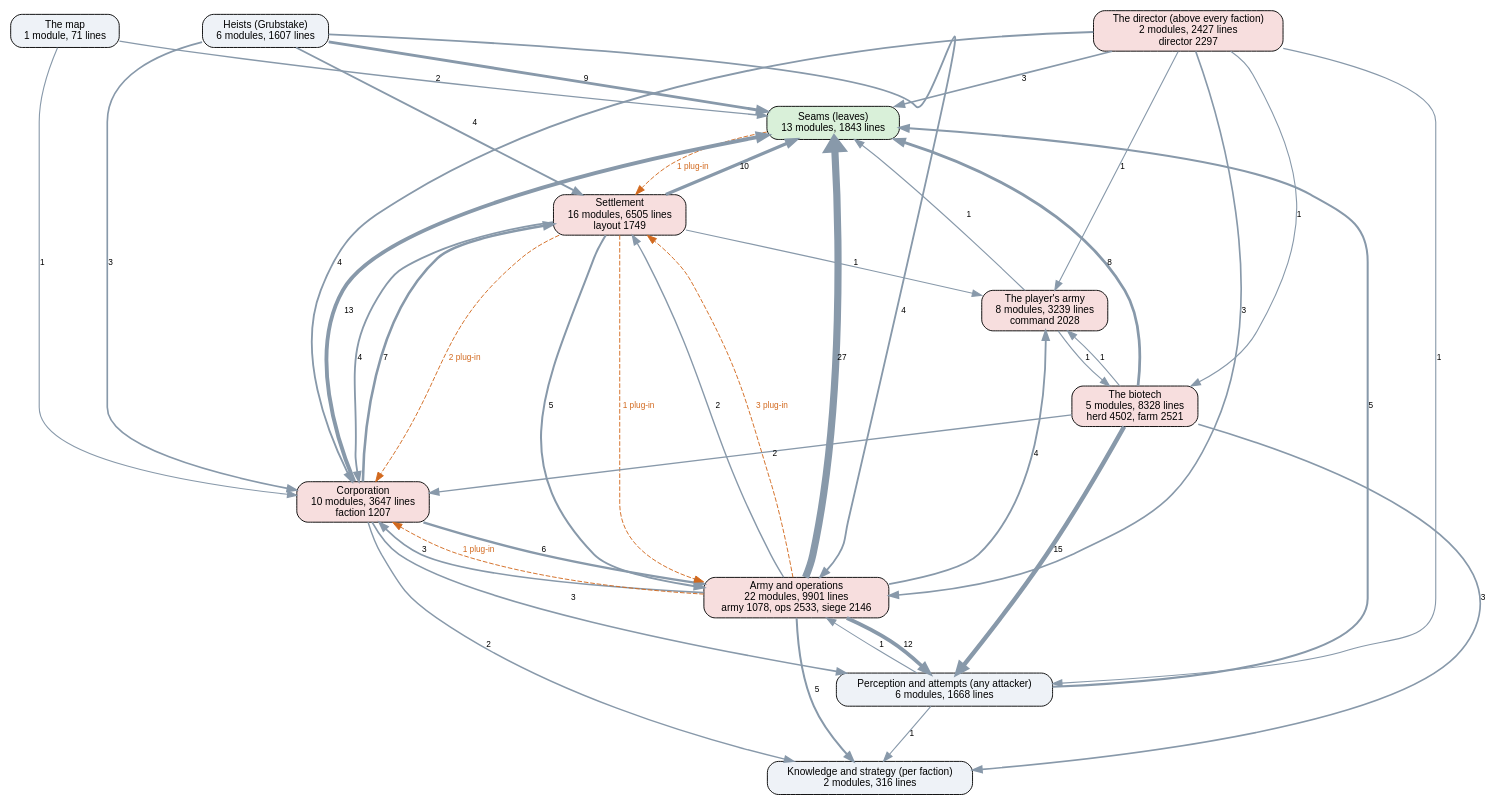
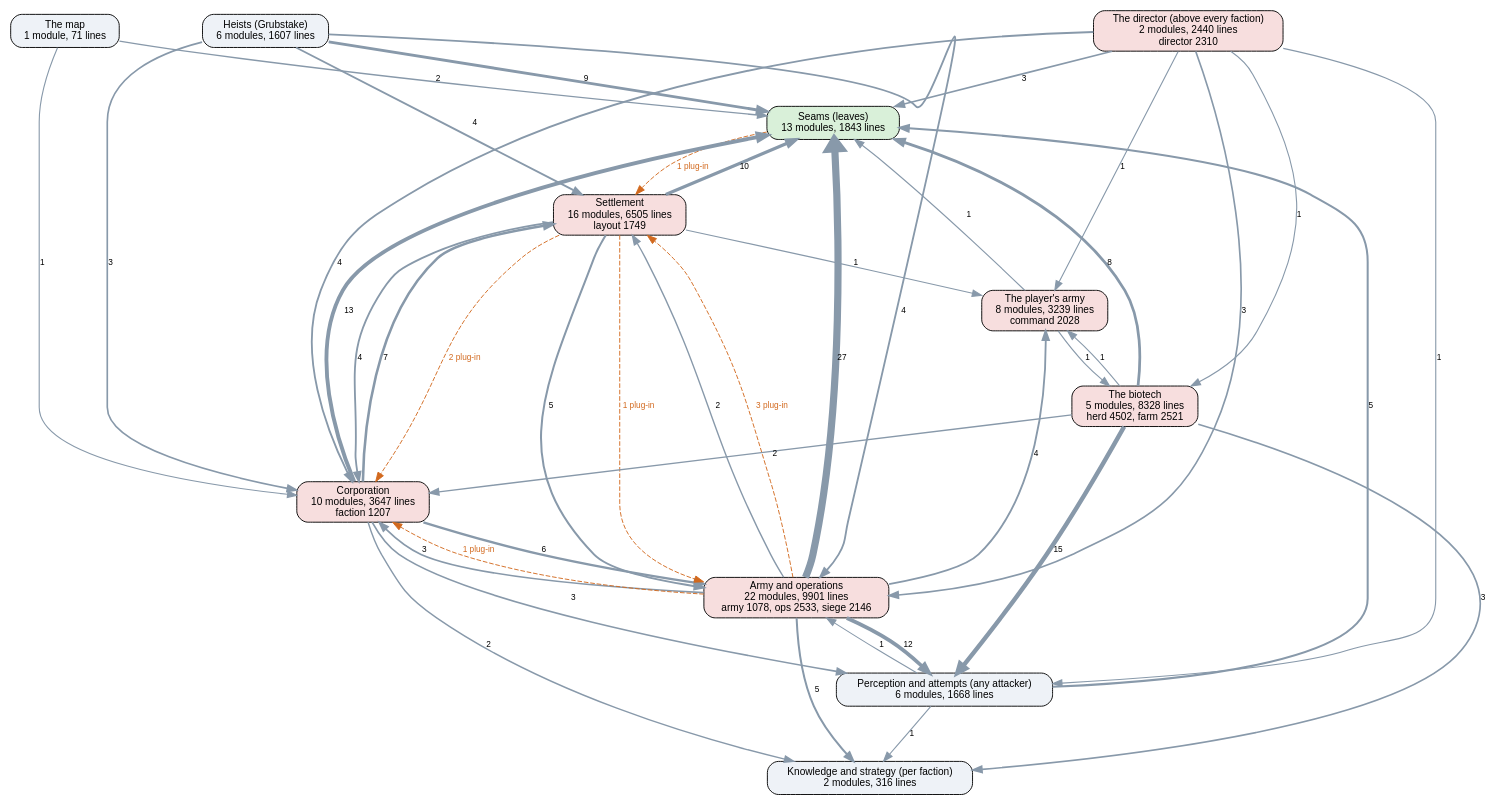
One commit to kinelhu/landing-party changed the diagram in docs/ai-layers.dot. Above: the diagram before and after it, drawn with Graphviz. The commit also changed 12 other files, not shown here.

```diff
--- a/docs/ai-layers.dot
+++ b/docs/ai-layers.dot
@@ -1,58 +1,58 @@
 digraph layers {
   graph [rankdir=TB, fontname="Helvetica", nodesep=0.5, ranksep=0.7];
   node [shape=box, style="rounded,filled", fontname="Helvetica", fontsize=11, fillcolor="#eef2f7"];
   edge [color="#8899aa", fontname="Helvetica", fontsize=9];
   "Seams (leaves)" [label="Seams (leaves)\n13 modules, 1843 lines", fillcolor="#d9f0d9"];
   "Perception and attempts (any attacker)" [label="Perception and attempts (any attacker)\n6 modules, 1668 lines", fillcolor="#eef2f7"];
   "Knowledge and strategy (per faction)" [label="Knowledge and strategy (per faction)\n2 modules, 316 lines", fillcolor="#eef2f7"];
-  "The director (above every faction)" [label="The director (above every faction)\n2 modules, 2427 lines\ndirector 2297", fillcolor="#f7dede"];
+  "The director (above every faction)" [label="The director (above every faction)\n2 modules, 2440 lines\ndirector 2310", fillcolor="#f7dede"];
   "Corporation" [label="Corporation\n10 modules, 3647 lines\nfaction 1207", fillcolor="#f7dede"];
   "Settlement" [label="Settlement\n16 modules, 6505 lines\nlayout 1749", fillcolor="#f7dede"];
   "Army and operations" [label="Army and operations\n22 modules, 9901 lines\narmy 1078, ops 2533, siege 2146", fillcolor="#f7dede"];
   "Heists (Grubstake)" [label="Heists (Grubstake)\n6 modules, 1607 lines", fillcolor="#eef2f7"];
   "The biotech" [label="The biotech\n5 modules, 8328 lines\nherd 4502, farm 2521", fillcolor="#f7dede"];
   "The map" [label="The map\n1 module, 71 lines", fillcolor="#eef2f7"];
   "The player's army" [label="The player's army\n8 modules, 3239 lines\ncommand 2028", fillcolor="#f7dede"];
   "Army and operations" -> "Corporation" [label="3", penwidth=1.8];
   "Army and operations" -> "Knowledge and strategy (per faction)" [label="5", penwidth=2.2];
   "Army and operations" -> "Perception and attempts (any attacker)" [label="12", penwidth=4.0];
   "Army and operations" -> "Seams (leaves)" [label="27", penwidth=7.8];
   "Army and operations" -> "Settlement" [label="2", penwidth=1.5];
   "Army and operations" -> "The player's army" [label="4", penwidth=2.0];
   "Corporation" -> "Army and operations" [label="6", penwidth=2.5];
   "Corporation" -> "Knowledge and strategy (per faction)" [label="2", penwidth=1.5];
   "Corporation" -> "Perception and attempts (any attacker)" [label="3", penwidth=1.8];
   "Corporation" -> "Seams (leaves)" [label="13", penwidth=4.2];
   "Corporation" -> "Settlement" [label="7", penwidth=2.8];
   "Heists (Grubstake)" -> "Army and operations" [label="4", penwidth=2.0];
   "Heists (Grubstake)" -> "Corporation" [label="3", penwidth=1.8];
   "Heists (Grubstake)" -> "Seams (leaves)" [label="9", penwidth=3.2];
   "Heists (Grubstake)" -> "Settlement" [label="4", penwidth=2.0];
   "Perception and attempts (any attacker)" -> "Army and operations" [label="1", penwidth=1.2];
   "Perception and attempts (any attacker)" -> "Knowledge and strategy (per faction)" [label="1", penwidth=1.2];
   "Perception and attempts (any attacker)" -> "Seams (leaves)" [label="5", penwidth=2.2];
   "Settlement" -> "Army and operations" [label="5", penwidth=2.2];
   "Settlement" -> "Corporation" [label="4", penwidth=2.0];
   "Settlement" -> "Seams (leaves)" [label="10", penwidth=3.5];
   "Settlement" -> "The player's army" [label="1", penwidth=1.2];
   "The biotech" -> "Corporation" [label="2", penwidth=1.5];
   "The biotech" -> "Knowledge and strategy (per faction)" [label="3", penwidth=1.8];
   "The biotech" -> "Perception and attempts (any attacker)" [label="15", penwidth=4.8];
   "The biotech" -> "Seams (leaves)" [label="8", penwidth=3.0];
   "The biotech" -> "The player's army" [label="1", penwidth=1.2];
   "The director (above every faction)" -> "Army and operations" [label="3", penwidth=1.8];
   "The director (above every faction)" -> "Corporation" [label="4", penwidth=2.0];
   "The director (above every faction)" -> "Perception and attempts (any attacker)" [label="1", penwidth=1.2];
   "The director (above every faction)" -> "Seams (leaves)" [label="3", penwidth=1.8];
   "The director (above every faction)" -> "The biotech" [label="1", penwidth=1.2];
   "The director (above every faction)" -> "The player's army" [label="1", penwidth=1.2];
   "The map" -> "Corporation" [label="1", penwidth=1.2];
   "The map" -> "Seams (leaves)" [label="2", penwidth=1.5];
   "The player's army" -> "Seams (leaves)" [label="1", penwidth=1.2];
   "The player's army" -> "The biotech" [label="1", penwidth=1.2];
   "Army and operations" -> "Corporation" [style=dashed, color="#d2691e", fontcolor="#d2691e", label="1 plug-in"];
   "Army and operations" -> "Settlement" [style=dashed, color="#d2691e", fontcolor="#d2691e", label="3 plug-in"];
   "Seams (leaves)" -> "Settlement" [style=dashed, color="#d2691e", fontcolor="#d2691e", label="1 plug-in"];
   "Settlement" -> "Army and operations" [style=dashed, color="#d2691e", fontcolor="#d2691e", label="1 plug-in"];
   "Settlement" -> "Corporation" [style=dashed, color="#d2691e", fontcolor="#d2691e", label="2 plug-in"];
 }
```
